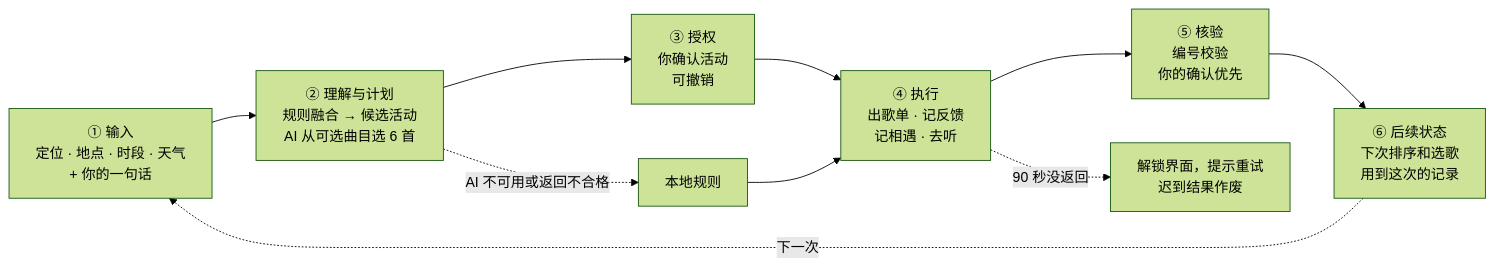
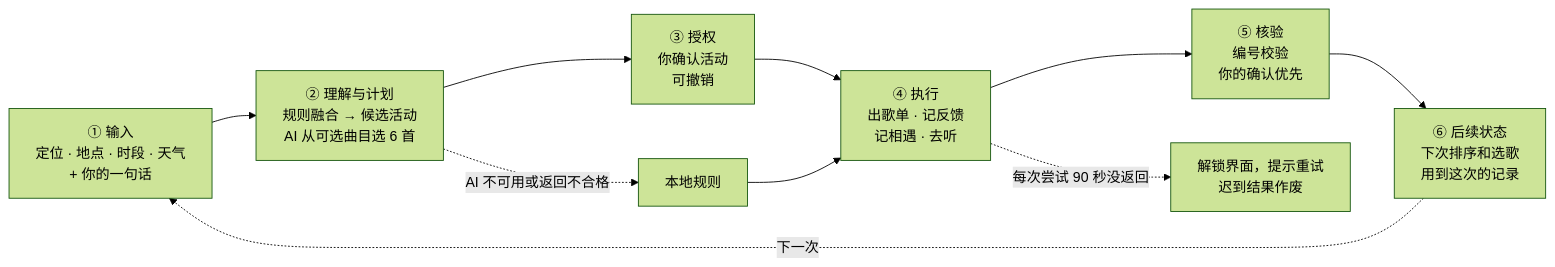
The first of 2 diagrams in README.md (peterdlick-stack/agentic-app), drawn with Mermaid (forest theme) before and after one commit. The commit also changed other lines of this file and 6 other files, not shown here.

````diff
--- a/README.md
+++ b/README.md
@@ -73,12 +73,12 @@
 ```mermaid
 flowchart LR
   I[① 输入<br/>定位 · 地点 · 时段 · 天气<br/>+ 你的一句话] --> U[② 理解与计划<br/>规则融合 → 候选活动<br/>AI 从可选曲目选 6 首]
   U --> A[③ 授权<br/>你确认活动<br/>可撤销]
   A --> X[④ 执行<br/>出歌单 · 记反馈<br/>记相遇 · 去听]
   X --> V[⑤ 核验<br/>编号校验<br/>你的确认优先]
   V --> S[⑥ 后续状态<br/>下次排序和选歌<br/>用到这次的记录]
   S -. 下一次 .-> I
   U -. AI 不可用或返回不合格 .-> L[本地规则]
   L --> X
-  X -. 90 秒没返回 .-> R[解锁界面，提示重试<br/>迟到结果作废]
+  X -. 每次尝试 90 秒没返回 .-> R[解锁界面，提示重试<br/>迟到结果作废]
 ```
````
